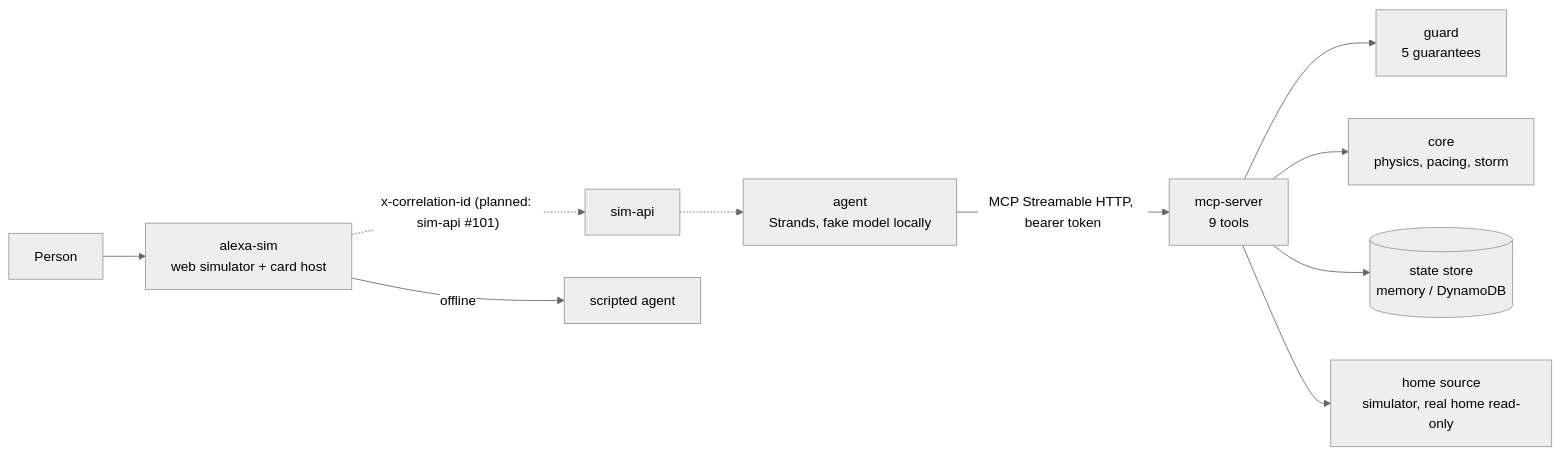
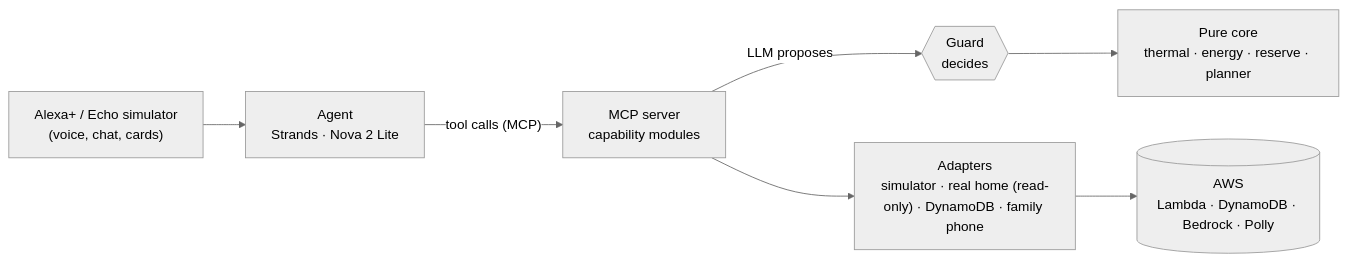
One commit to kalkal/safe8sound changed the diagram in README.md. Above: the diagram before and after it, drawn with Mermaid (neutral theme). The commit also changed other lines of this file, not shown here.

Commit message:
docs: README architecture diagram and family inbox update (#124)
Adds the architecture diagram (the design, with the real home marked read-only), describes the family inbox stored as INBOX# items with a two-day TTL and the storm mode wired on the Lambda entry, and fixes two stale line references.

````diff
--- a/README.md
+++ b/README.md
@@ -82,12 +84,9 @@
 ```mermaid
 flowchart LR
-  U[Person] --> SIM[alexa-sim<br/>web simulator + card host]
-  SIM -. "x-correlation-id (planned: sim-api #101)" .-> API[sim-api]
-  API -.-> AG[agent<br/>Strands, fake model locally]
-  SIM -->|offline| SCR[scripted agent]
-  AG -->|MCP Streamable HTTP, bearer token| MCP[mcp-server<br/>9 tools]
-  MCP --> G[guard<br/>5 guarantees]
-  MCP --> C[core<br/>physics, pacing, storm]
-  MCP --> S[(state store<br/>memory / DynamoDB)]
-  MCP --> SRC[home source<br/>simulator, real home read-only]
+  U["Alexa+ / Echo simulator<br/>(voice, chat, cards)"] --> A["Agent<br/>Strands · Nova 2 Lite"]
+  A -- "tool calls (MCP)" --> M["MCP server<br/>capability modules"]
+  M -- "LLM proposes" --> G{{"Guard<br/>decides"}}
+  G --> C["Pure core<br/>thermal · energy · reserve · planner"]
+  M --> P["Adapters<br/>simulator · real home (read-only) · DynamoDB · family phone"]
+  P --> W[("AWS<br/>Lambda · DynamoDB · Bedrock · Polly")]
 ```
````
